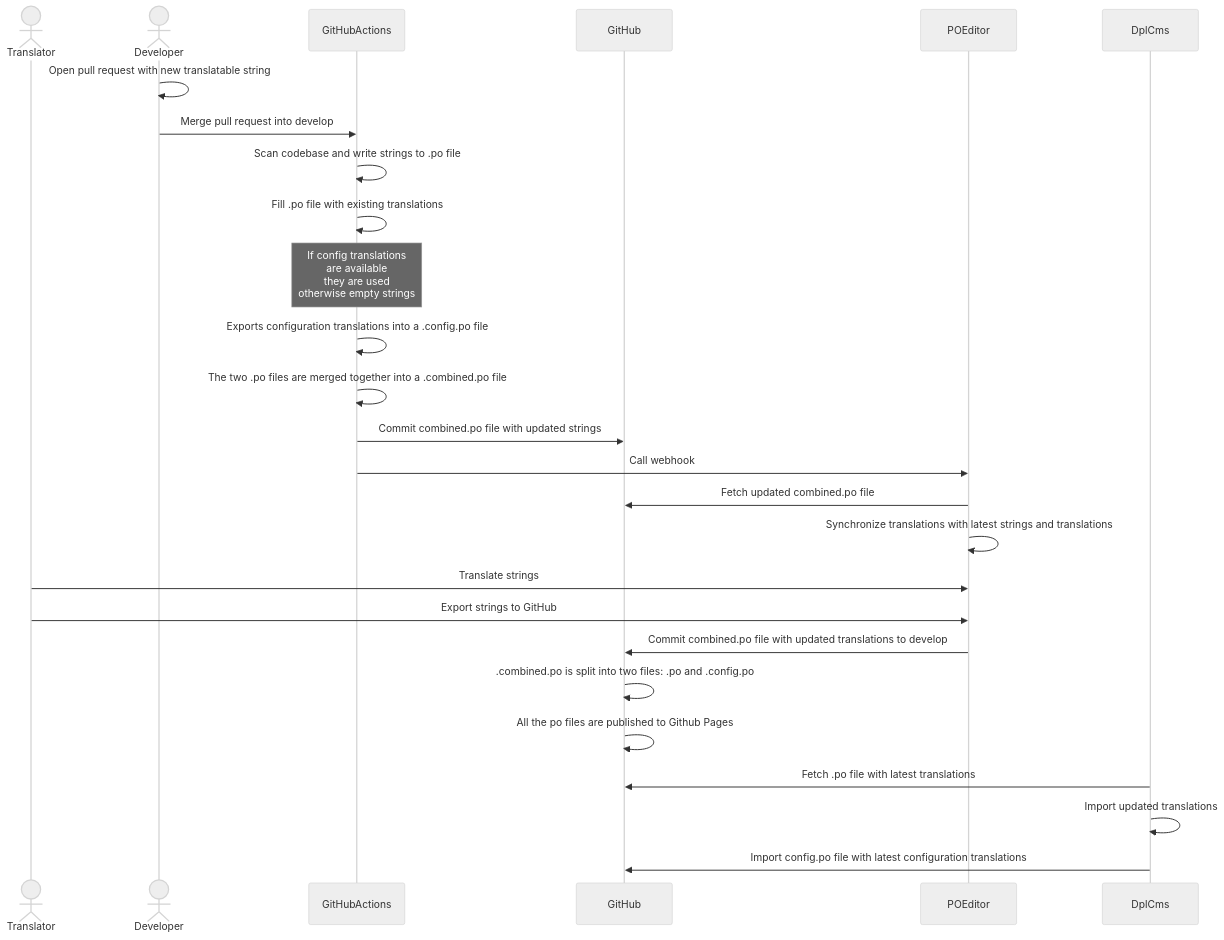
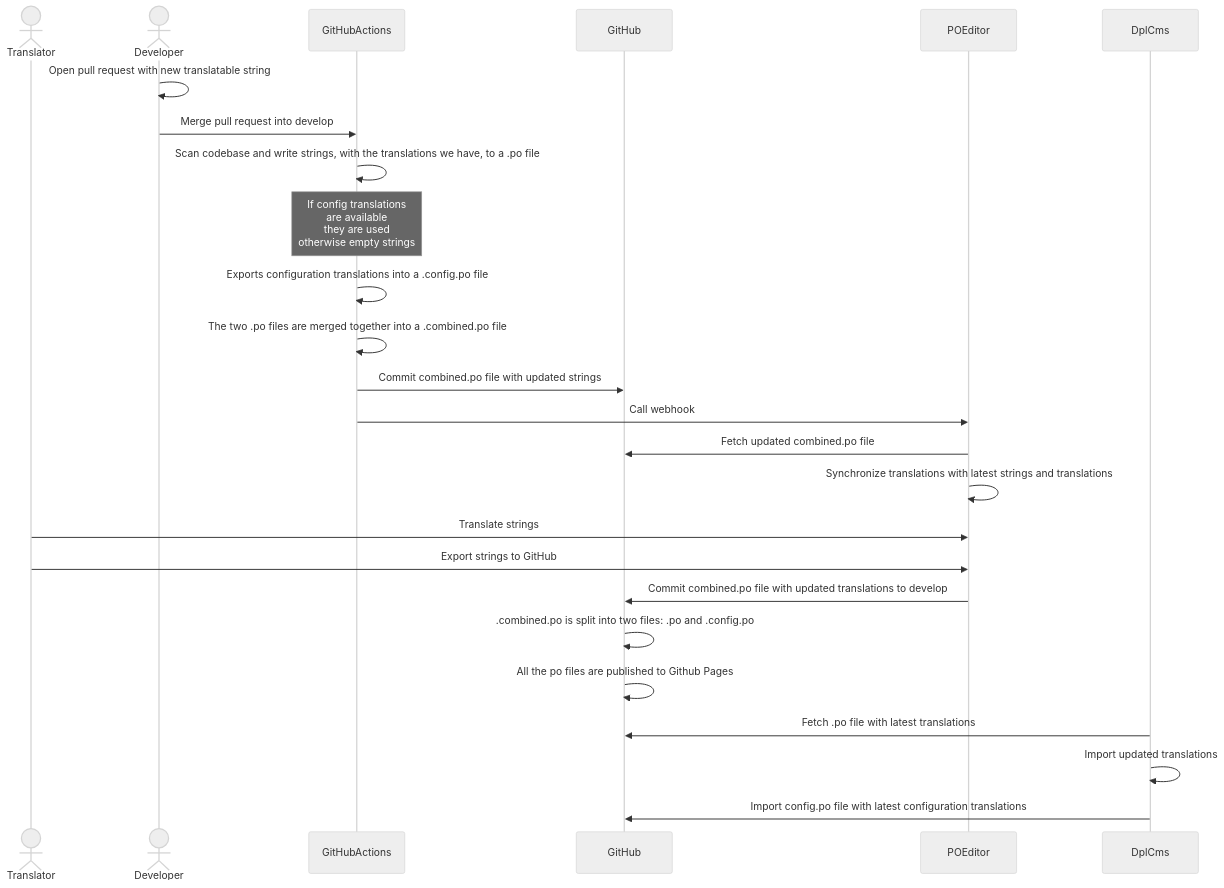
One commit to danskernesdigitalebibliotek/dpl-web changed the diagram in docs/cms/translation.md. Above: the diagram before and after it, drawn with Mermaid (neutral theme). The commit also changed other lines of this file and 1 other file, not shown here.

````diff
--- a/docs/cms/translation.md
+++ b/docs/cms/translation.md
@@ -46,27 +51,27 @@
 ```mermaid
 sequenceDiagram
   Actor Translator
   Actor Developer
   Developer ->> Developer: Open pull request with new translatable string
   Developer ->> GitHubActions: Merge pull request into develop
-  GitHubActions ->> GitHubActions: Scan codebase and write strings to .po file
-  GitHubActions ->> GitHubActions: Fill .po file with existing translations
+%% <!-- markdownlint-disable-next-line MD013 -->
+  GitHubActions ->> GitHubActions: Scan codebase and write strings, with the translations we have, to a .po file
 %% <!-- markdownlint-disable-next-line MD013 -->
   Note over GitHubActions,GitHubActions: If config translations<br/>are available<br/>they are used<br/>otherwise empty strings
 %% <!-- markdownlint-disable-next-line MD013 -->
   GitHubActions ->> GitHubActions: Exports configuration translations into a .config.po file
 %% <!-- markdownlint-disable-next-line MD013 -->
   GitHubActions ->> GitHubActions: The two .po files are merged together into a .combined.po file
   GitHubActions ->> GitHub: Commit combined.po file with updated strings
   GitHubActions ->> POEditor: Call webhook
   POEditor ->> GitHub: Fetch updated combined.po file
   POEditor ->> POEditor: Synchronize translations with latest strings and translations
   Translator ->> POEditor: Translate strings
   Translator ->> POEditor: Export strings to GitHub
   POEditor ->> GitHub: Commit combined.po file with updated translations to develop
   GitHub ->> GitHub: .combined.po is split into two files: .po and .config.po
   GitHub ->> GitHub: All the po files are published to Github Pages
   DplCms ->> GitHub: Fetch .po file with latest translations
   DplCms ->> DplCms: Import updated translations
   DplCms ->> GitHub: Import config.po file with latest configuration translations
 ```
````
